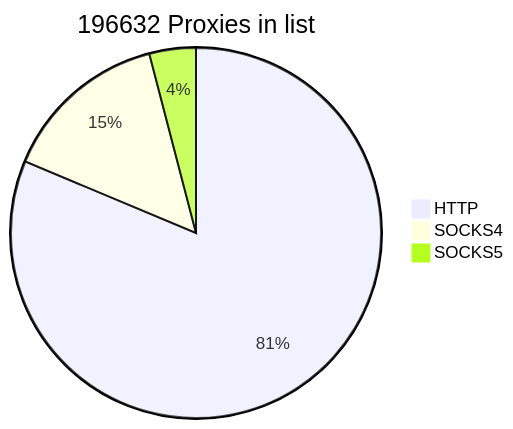
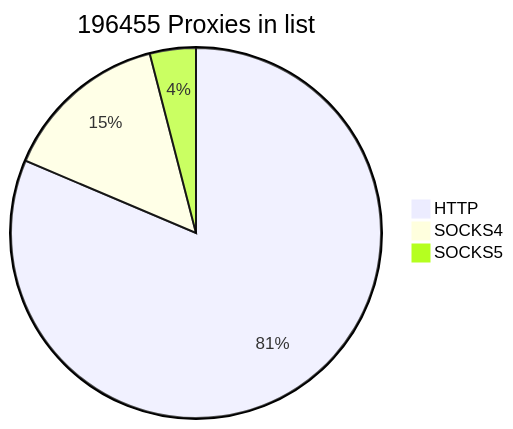
Before and after one commit to cutipu/proxylist: the first of 2 diagrams in README.md, drawn with Mermaid. The commit also changed other lines of this file, not shown here.

````diff
--- a/README.md
+++ b/README.md
@@ -2,7 +2,7 @@
 ```mermaid
-pie title 196632 Proxies in list
-    "HTTP" : 159885
-    "SOCKS4" : 28770
-    "SOCKS5" : 7977
+pie title 196455 Proxies in list
+    "HTTP" : 159882
+    "SOCKS4" : 28678
+    "SOCKS5" : 7895
             
 ```
````
